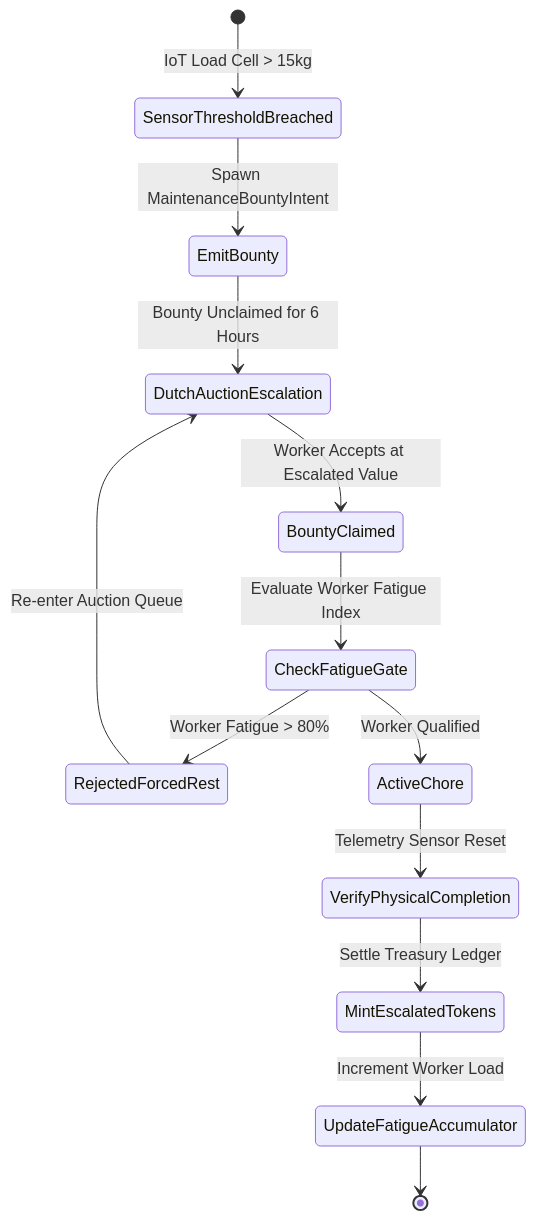
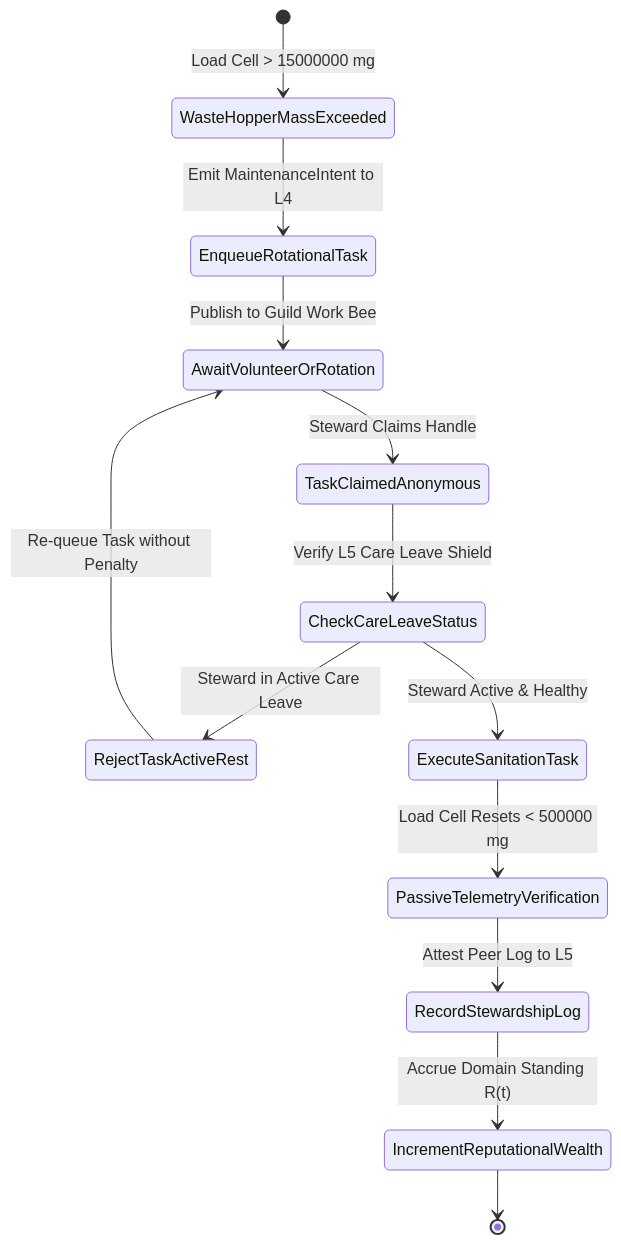
One commit to raffaine/collective changed the second of 3 diagrams in docs/scenarios/sigma_burnout.md. Above: the diagram before and after it, drawn with Mermaid. The commit also changed other lines of this file and 23 other files, not shown here.

````diff
--- a/docs/scenarios/sigma_burnout.md
+++ b/docs/scenarios/sigma_burnout.md
@@ -77,15 +91,17 @@
 ```mermaid
 stateDiagram-v2
-    [*] --> SensorThresholdBreached: IoT Load Cell > 15kg
-    SensorThresholdBreached --> EmitBounty: Spawn MaintenanceBountyIntent
-    EmitBounty --> DutchAuctionEscalation: Bounty Unclaimed for 6 Hours
-    DutchAuctionEscalation --> BountyClaimed: Worker Accepts at Escalated Value
-    BountyClaimed --> CheckFatigueGate: Evaluate Worker Fatigue Index
-    CheckFatigueGate --> RejectedForcedRest: Worker Fatigue > 80%
-    RejectedForcedRest --> DutchAuctionEscalation: Re-enter Auction Queue
-    CheckFatigueGate --> ActiveChore: Worker Qualified
-    ActiveChore --> VerifyPhysicalCompletion: Telemetry Sensor Reset
-    VerifyPhysicalCompletion --> MintEscalatedTokens: Settle Treasury Ledger
-    MintEscalatedTokens --> UpdateFatigueAccumulator: Increment Worker Load
-    UpdateFatigueAccumulator --> [*]
+    [*] --> WasteHopperMassExceeded: Load Cell > 15000000 mg
+    WasteHopperMassExceeded --> EnqueueRotationalTask: Emit MaintenanceIntent to L4
+    EnqueueRotationalTask --> AwaitVolunteerOrRotation: Publish to Guild Work Bee
+    AwaitVolunteerOrRotation --> TaskClaimedAnonymous: Steward Claims Handle
+    TaskClaimedAnonymous --> CheckCareLeaveStatus: Verify L5 Care Leave Shield
+    
+    CheckCareLeaveStatus --> RejectTaskActiveRest: Steward in Active Care Leave
+    RejectTaskActiveRest --> AwaitVolunteerOrRotation: Re-queue Task without Penalty
+    
+    CheckCareLeaveStatus --> ExecuteSanitationTask: Steward Active & Healthy
+    ExecuteSanitationTask --> PassiveTelemetryVerification: Load Cell Resets < 500000 mg
+    PassiveTelemetryVerification --> RecordStewardshipLog: Attest Peer Log to L5
+    RecordStewardshipLog --> IncrementReputationalWealth: Accrue Domain Standing R(t)
+    IncrementReputationalWealth --> [*]
 ```
````
